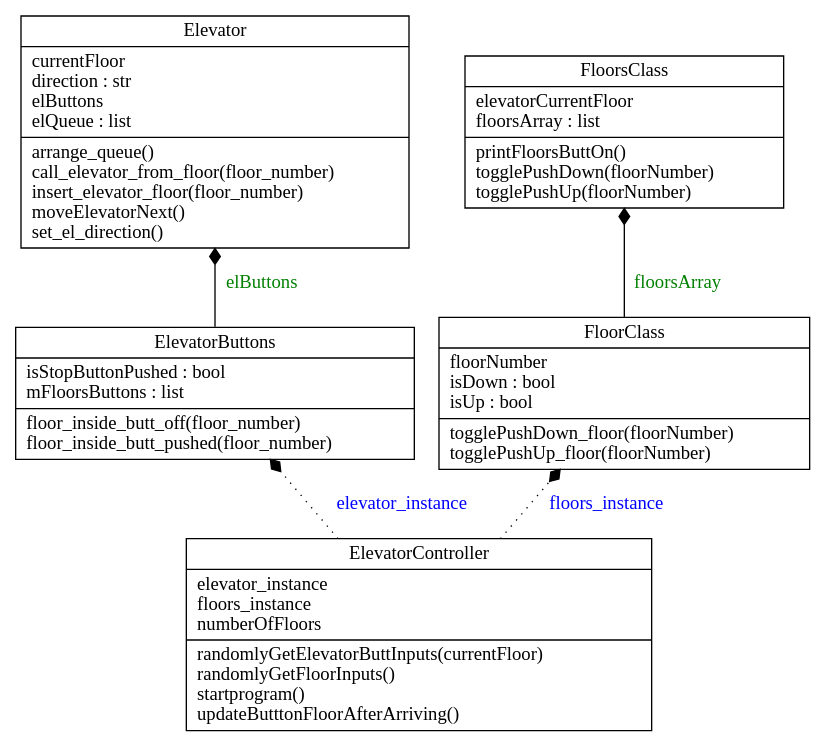
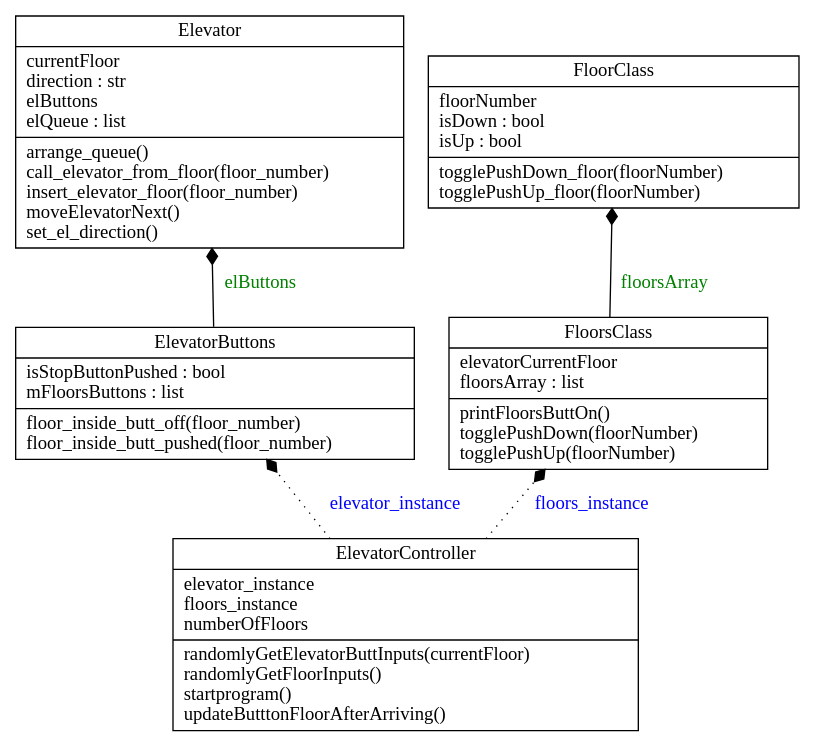
The diagram in diagram/classes_myUML.dot (rtgfd157/ElevatorControllerProj), drawn with Graphviz before and after one commit. The commit also changed 19 other files, not shown here.

```diff
--- a/diagram/classes_myUML.dot
+++ b/diagram/classes_myUML.dot
@@ -1,14 +1,14 @@
 digraph "classes_myUML" {
 charset="utf-8"
 rankdir=BT
 "0" [label="{Elevator|currentFloor\ldirection : str\lelButtons\lelQueue : list\l|arrange_queue()\lcall_elevator_from_floor(floor_number)\linsert_elevator_floor(floor_number)\lmoveElevatorNext()\lset_el_direction()\l}", shape="record"];
 "1" [label="{ElevatorButtons|isStopButtonPushed : bool\lmFloorsButtons : list\l|floor_inside_butt_off(floor_number)\lfloor_inside_butt_pushed(floor_number)\l}", shape="record"];
 "2" [label="{ElevatorController|elevator_instance\lfloors_instance\lnumberOfFloors\l|randomlyGetElevatorButtInputs(currentFloor)\lrandomlyGetFloorInputs()\lstartprogram()\lupdateButttonFloorAfterArriving()\l}", shape="record"];
 "3" [label="{FloorClass|floorNumber\lisDown : bool\lisUp : bool\l|togglePushDown_floor(floorNumber)\ltogglePushUp_floor(floorNumber)\l}", shape="record"];
 "4" [label="{FloorsClass|elevatorCurrentFloor\lfloorsArray : list\l|printFloorsButtOn()\ltogglePushDown(floorNumber)\ltogglePushUp(floorNumber)\l}", shape="record"];
 "1" -> "0" [arrowhead="diamond", arrowtail="none", fontcolor="green", label="elButtons", style="solid"];
-"3" -> "4" [arrowhead="diamond", arrowtail="none", fontcolor="green", label="floorsArray", style="solid"];
+"4" -> "3" [arrowhead="diamond", arrowtail="none", fontcolor="green", label="floorsArray", style="solid"];
+
 "2" -> "1" [arrowhead="diamond", arrowtail="none", fontcolor="blue", label="elevator_instance", style="dotted"];
-"2" -> "3" [arrowhead="diamond", arrowtail="none", fontcolor="blue", label="floors_instance", style="dotted"];
- 
+"2" -> "4" [arrowhead="diamond", arrowtail="none", fontcolor="blue", label="floors_instance", style="dotted"];
 }
```
